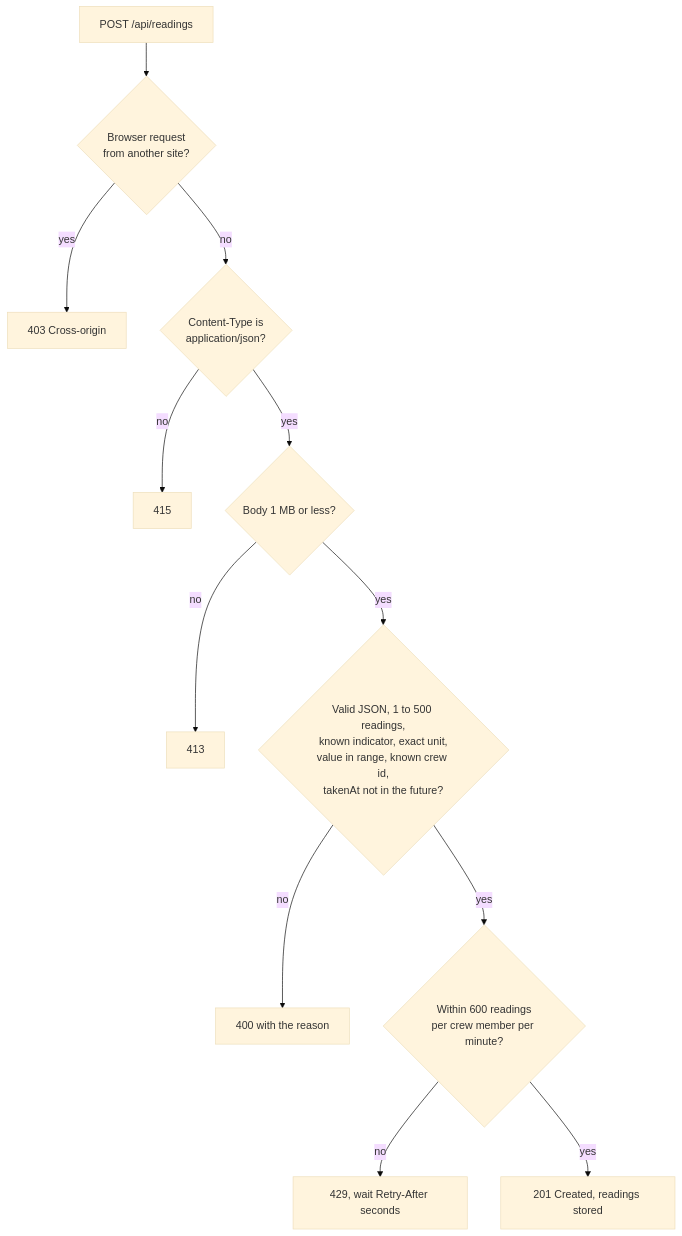
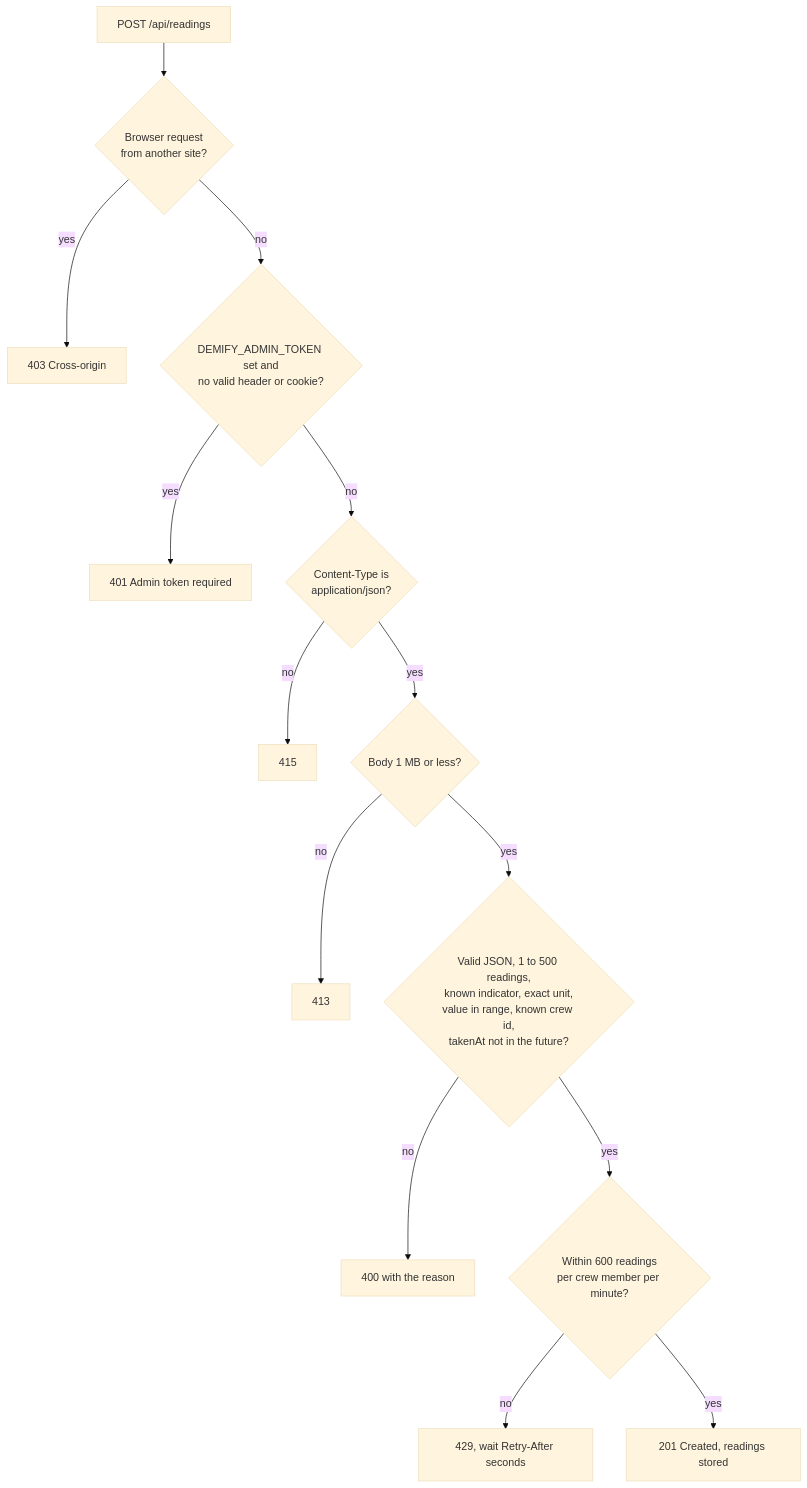
The fifth of 7 diagrams in docs/OPERATIONS.md (Duesi09/Demify---Health-Monitoring-Software-for-Astronauts), drawn with Mermaid (base theme) before and after one commit. The commit also changed other lines of this file and 19 other files, not shown here.

````diff
--- a/docs/OPERATIONS.md
+++ b/docs/OPERATIONS.md
@@ -376,14 +449,16 @@
 ```mermaid
 flowchart TD
     req["POST /api/readings"] --> o{"Browser request<br/>from another site?"}
     o -- "yes" --> e403["403 Cross-origin"]
-    o -- "no" --> ct{"Content-Type is<br/>application/json?"}
+    o -- "no" --> tk{"DEMIFY_ADMIN_TOKEN set and<br/>no valid header or cookie?"}
+    tk -- "yes" --> e401["401 Admin token required"]
+    tk -- "no" --> ct{"Content-Type is<br/>application/json?"}
     ct -- "no" --> e415["415"]
     ct -- "yes" --> sz{"Body 1 MB or less?"}
     sz -- "no" --> e413["413"]
     sz -- "yes" --> val{"Valid JSON, 1 to 500 readings,<br/>known indicator, exact unit,<br/>value in range, known crew id,<br/>takenAt not in the future?"}
     val -- "no" --> e400["400 with the reason"]
     val -- "yes" --> rl{"Within 600 readings<br/>per crew member per minute?"}
     rl -- "no" --> e429["429, wait Retry-After seconds"]
     rl -- "yes" --> ok["201 Created, readings stored"]
 ```
````
